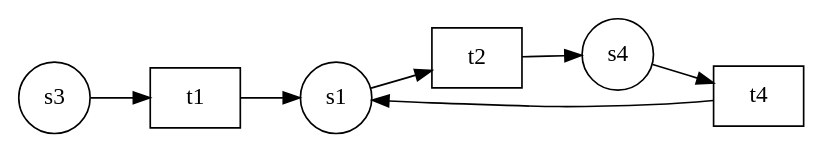
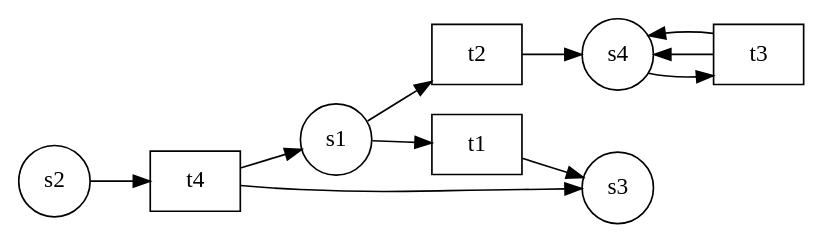
One commit to dnannen/reduction-of-petri-nets changed the diagram in Reduktionsalgorithmen/test.gv. Above: the diagram before and after it, drawn with Graphviz. The commit also changed 7 other files, not shown here.

```diff
--- a/Reduktionsalgorithmen/test.gv
+++ b/Reduktionsalgorithmen/test.gv
@@ -1,16 +1,22 @@
 digraph petrinet{
 node[shape=circle];
 rankdir=LR;
 "s1";
+"s2";
 "s3";
 "s4";
 "t1" [shape=box];
 "t2" [shape=box];
+"t3" [shape=box];
 "t4" [shape=box];
+"s1"->"t1"
 "s1"->"t2"
-"s3"->"t1"
-"s4"->"t4"
-"t1"->"s1"
+"s2"->"t4"
+"s4"->"t3"
+"t1"->"s3"
 "t2"->"s4"
+"t3"->"s4"
+"t3"->"s4"
 "t4"->"s1"
+"t4"->"s3"
 }
```
